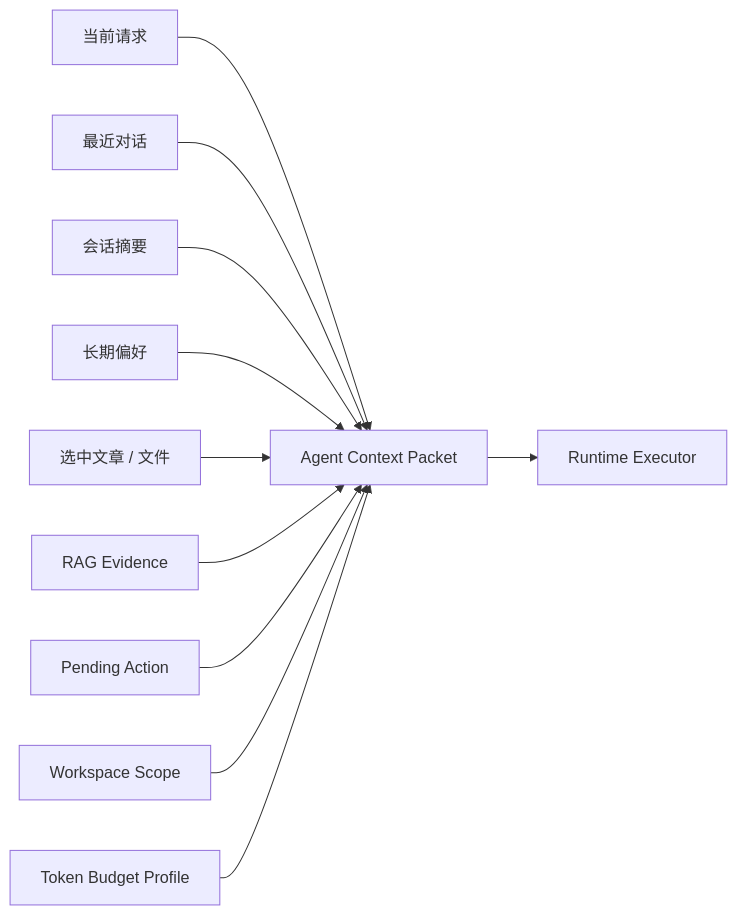
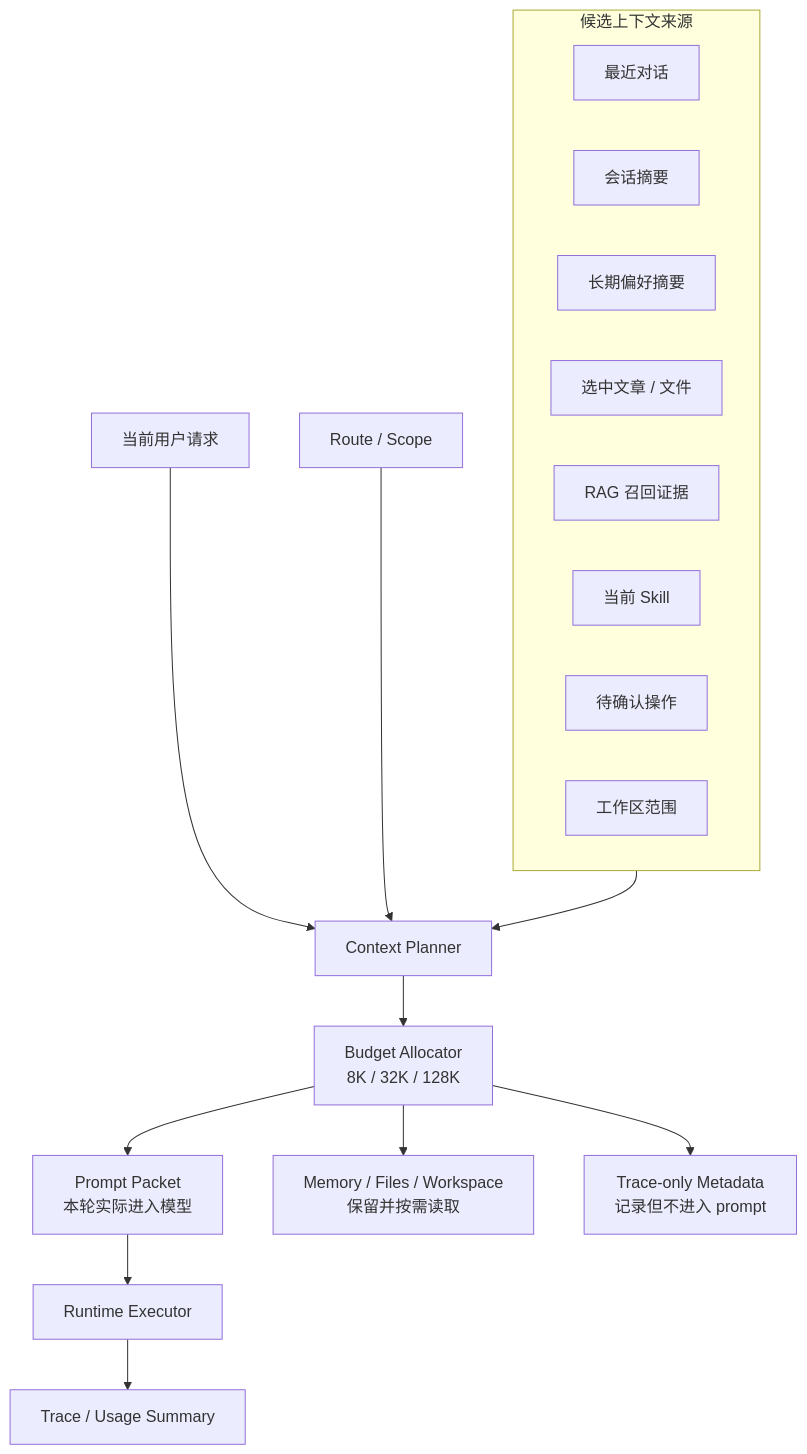
One commit to Hddcc/Paperdesk changed the third of 4 diagrams in README.md. Above: the diagram before and after it, drawn with Mermaid. The commit also changed other lines of this file, not shown here.

Commit message:
Update README agent context documentation

````diff
--- a/README.md
+++ b/README.md
@@ -138,13 +139,24 @@
 ```mermaid
-flowchart LR
-    Request[当前请求] --> Context[Agent Context Packet]
-    History[最近对话] --> Context
-    Summary[会话摘要] --> Context
-    Preference[长期偏好] --> Context
-    Selected[选中文章 / 文件] --> Context
-    Evidence[RAG Evidence] --> Context
-    Pending[Pending Action] --> Context
-    Workspace[Workspace Scope] --> Context
-    Budget[Token Budget Profile] --> Context
-    Context --> Runtime[Runtime Executor]
+flowchart TD
+    Request[当前用户请求] --> Planner[Context Planner]
+    Route[Route / Scope] --> Planner
+
+    subgraph Sources[候选上下文来源]
+        History[最近对话]
+        Summary[会话摘要]
+        Preference[长期偏好摘要]
+        Selected[选中文章 / 文件]
+        Evidence[RAG 召回证据]
+        Skill[当前 Skill]
+        Pending[待确认操作]
+        Workspace[工作区范围]
+    end
+
+    Sources --> Planner
+    Planner --> Budget[Budget Allocator<br/>8K / 32K / 128K]
+    Budget --> Packet[Prompt Packet<br/>本轮实际进入模型]
+    Budget --> Store[Memory / Files / Workspace<br/>保留并按需读取]
+    Budget --> TraceOnly[Trace-only Metadata<br/>记录但不进入 prompt]
+    Packet --> Runtime[Runtime Executor]
+    Runtime --> Trace[Trace / Usage Summary]
 ```
````
